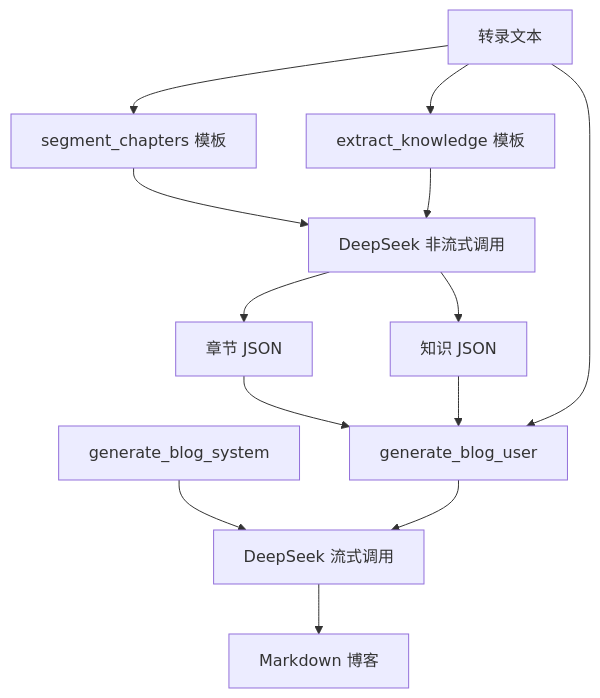
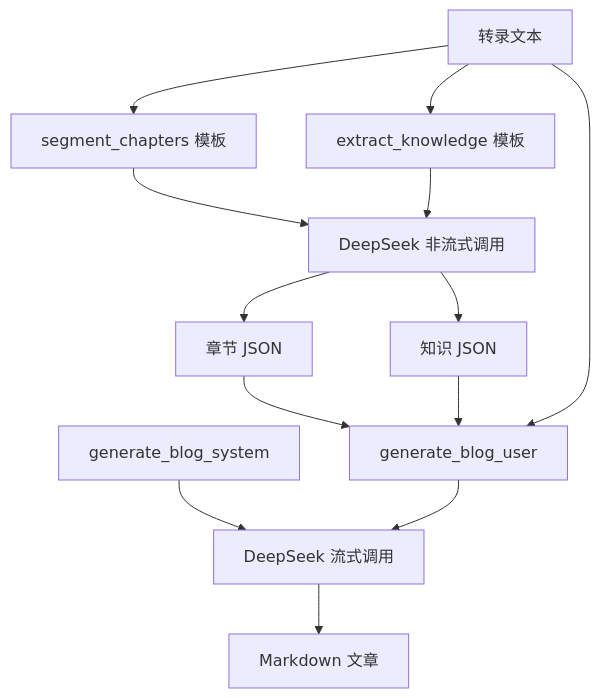
Before and after one commit to guyue356/Video2Knowledge: the third of 4 diagrams in README.md, drawn with Mermaid. The commit also changed other lines of this file and 5 other files, not shown here.

````diff
--- a/README.md
+++ b/README.md
@@ -243,15 +235,15 @@
 ```mermaid
 flowchart TD
     T["转录文本"] --> P1["segment_chapters 模板"]
     T --> P2["extract_knowledge 模板"]
     P1 --> L1["DeepSeek 非流式调用"]
     P2 --> L1
     L1 --> C["章节 JSON"]
     L1 --> K["知识 JSON"]
     C --> P3["generate_blog_user"]
     K --> P3
     T --> P3
     S["generate_blog_system"] --> L2["DeepSeek 流式调用"]
     P3 --> L2
-    L2 --> M["Markdown 博客"]
+    L2 --> M["Markdown 文章"]
 ```
````
